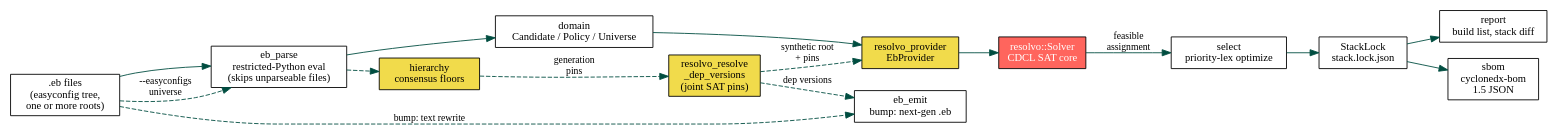
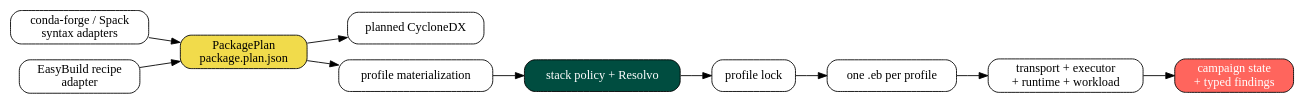
One commit to HaoZeke/eb-stack changed the diagram in docs/orgmode/explanation/architecture.org. Above: the diagram before and after it, drawn with Graphviz. The commit also changed other lines of this file and 4 other files, not shown here.

```diff
--- a/docs/orgmode/explanation/architecture.org
+++ b/docs/orgmode/explanation/architecture.org
@@ -9,33 +10,20 @@
 #+begin_src dot :file ../images/pipeline.svg :exports results
-digraph G {
-    rankdir=LR;
-    node [shape=box, style=filled, fillcolor="white", fontname="Jost", fontsize=12];
-    edge [fontname="Jost", fontsize=11, color="#004D40"];
-    graph [fontname="Jost"];
-
-    eb_files [label=".eb files\n(easyconfig tree,\none or more roots)"];
-    parser [label="eb_parse\nrestricted-Python eval\n(skips unparseable files)"];
-    domain [label="domain\nCandidate / Policy / Universe"];
-    provider [label="resolvo_provider\nEbProvider", fillcolor="#F1DB4B"];
-    solver [label="resolvo::Solver\nCDCL SAT core", fillcolor="#FF655D", fontcolor="white"];
-    select [label="select\npriority-lex optimize"];
-    lock [label="StackLock\nstack.lock.json"];
-    report [label="report\nbuild list, stack diff"];
-    sbom [label="sbom\ncyclonedx-bom\n1.5 JSON"];
-    hierarchy [label="hierarchy\nconsensus floors", fillcolor="#F1DB4B"];
-    emit [label="eb_emit\nbump: next-gen .eb"];
-    joint [label="resolvo_resolve\n_dep_versions\n(joint SAT pins)", fillcolor="#F1DB4B"];
-
-    eb_files -> parser -> domain -> provider -> solver;
-    solver -> select [label="feasible\nassignment"];
-    select -> lock;
-    lock -> report;
-    lock -> sbom;
-    eb_files -> emit [style=dashed, label="bump: text rewrite"];
-    eb_files -> parser [style=dashed, label="--easyconfigs\nuniverse"];
-    parser -> hierarchy [style=dashed];
-    hierarchy -> joint [style=dashed, label="generation\npins"];
-    joint -> provider [style=dashed, label="synthetic root\n+ pins"];
-    joint -> emit [style=dashed, label="dep versions"];
+digraph P {
+  rankdir=LR;
+  node [shape=box, style="rounded,filled", fillcolor="white"];
+  foreign [label="conda-forge / Spack\nsyntax adapters"];
+  easybuild [label="EasyBuild recipe\nadapter"];
+  plan [label="PackagePlan\npackage.plan.json", fillcolor="#F1DB4B"];
+  sbom [label="planned CycloneDX"];
+  profile [label="profile materialization"];
+  resolvo [label="stack policy + Resolvo", fillcolor="#004D40", fontcolor="white"];
+  lock [label="profile lock"];
+  emit [label="one .eb per profile"];
+  target [label="transport + executor\n+ runtime + workload"];
+  campaign [label="campaign state\n+ typed findings", fillcolor="#FF655D", fontcolor="white"];
+  foreign -> plan;
+  easybuild -> plan;
+  plan -> sbom;
+  plan -> profile -> resolvo -> lock -> emit -> target -> campaign;
 }
 #+end_src
```
